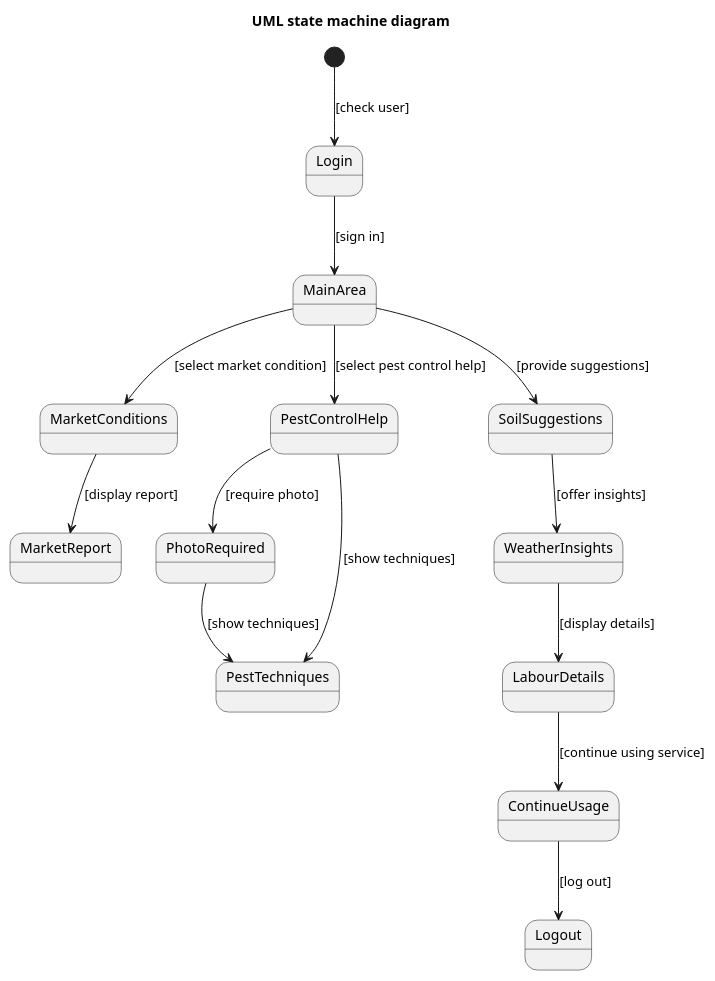
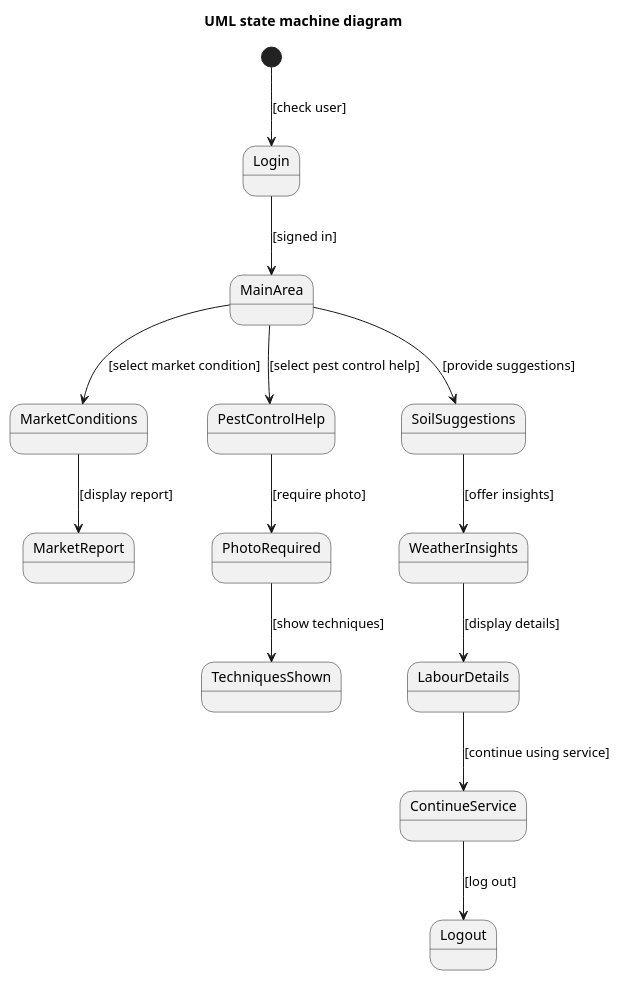
One commit to maimunafaria/State_transition_Diagram_generated_by_LLM changed the diagram in results/plantuml_pipeline_run3/runs/open_source__qwen25_7b_instruct__rag/case_33_farm_management_system/run_01.puml. Above: the diagram before and after it, drawn with PlantUML. The commit also changed 163 other files, not shown here.

```diff
--- a/results/plantuml_pipeline_run3/runs/open_source__qwen25_7b_instruct__rag/case_33_farm_management_system/run_01.puml
+++ b/results/plantuml_pipeline_run3/runs/open_source__qwen25_7b_instruct__rag/case_33_farm_management_system/run_01.puml
@@ -1,19 +1,18 @@
 @startuml
 title UML state machine diagram
 
 [*] --> Login : [check user]
 state Login <<choice>>
-Login --> MainArea : [sign in]
+Login --> MainArea : [signed in]
 MainArea --> MarketConditions : [select market condition]
 MarketConditions --> MarketReport : [display report]
 MainArea --> PestControlHelp : [select pest control help]
 PestControlHelp --> PhotoRequired : [require photo]
-PhotoRequired --> PestTechniques : [show techniques]
-PestControlHelp --> PestTechniques : [show techniques]
+PhotoRequired --> TechniquesShown : [show techniques]
 MainArea --> SoilSuggestions : [provide suggestions]
 SoilSuggestions --> WeatherInsights : [offer insights]
 WeatherInsights --> LabourDetails : [display details]
-LabourDetails --> ContinueUsage : [continue using service]
-ContinueUsage --> Logout : [log out]
+LabourDetails --> ContinueService : [continue using service]
+ContinueService --> Logout : [log out]
 
 @enduml
```
